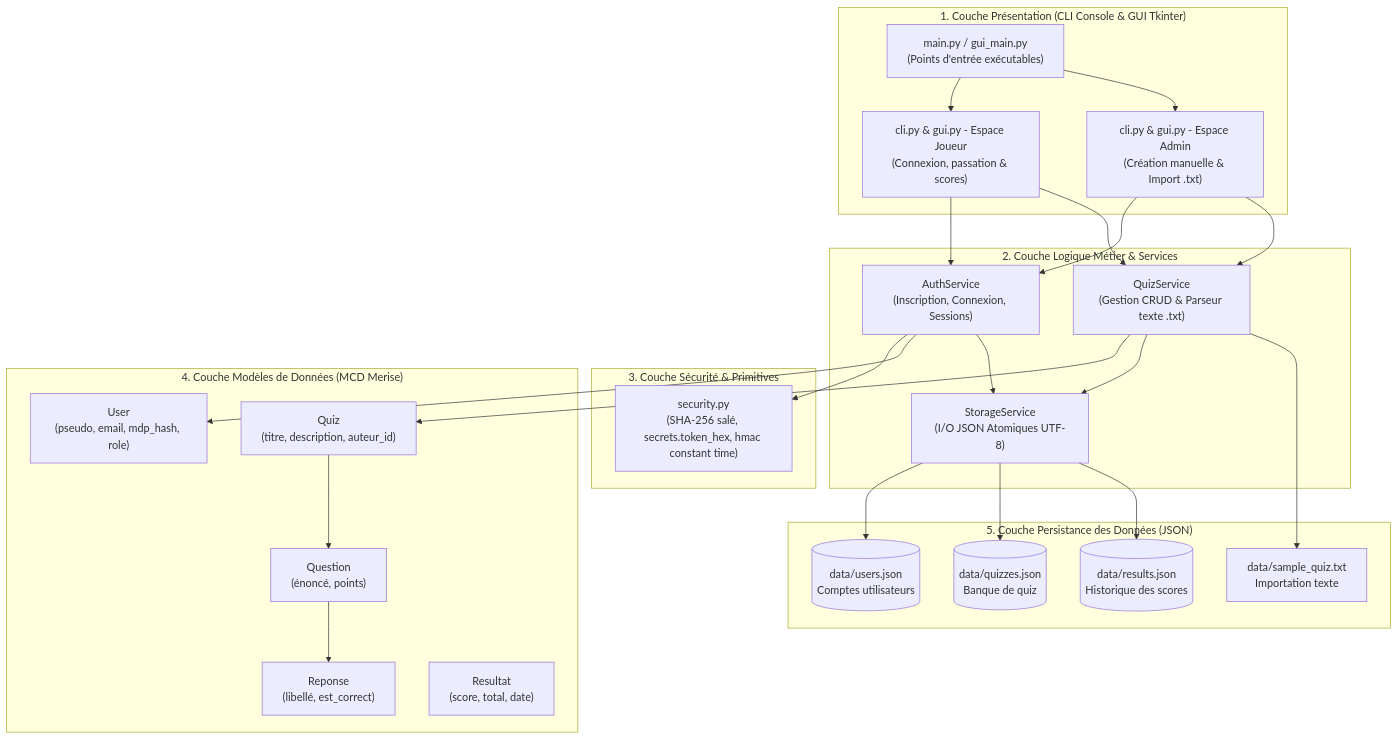
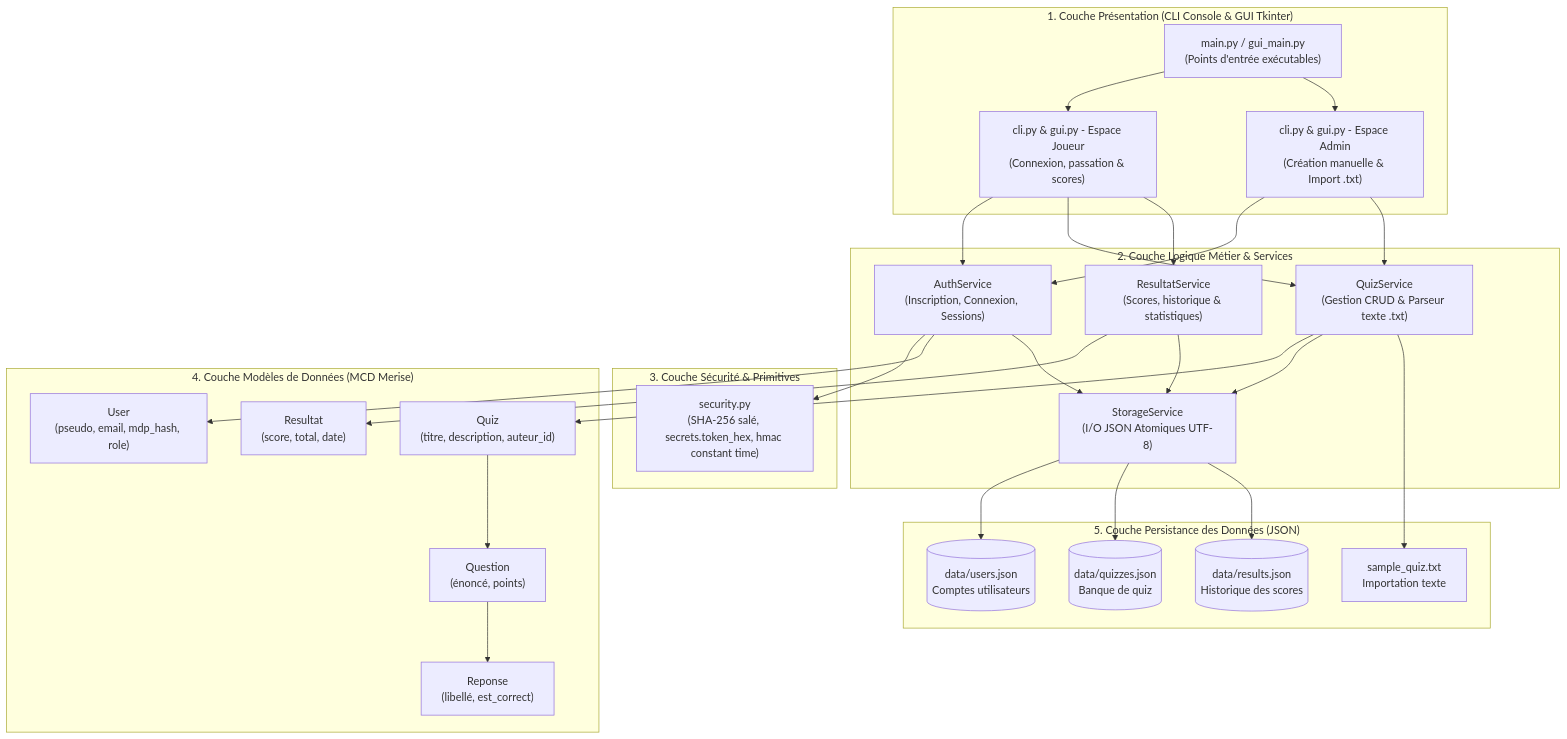
One commit to KaSabrin/PROJ531-Quiz-Python changed the diagram in docs/architecture_technique_quizora.md. Above: the diagram before and after it, drawn with Mermaid. The commit also changed other lines of this file and 4 other files, not shown here.

Commit message:
docs: coherence du projet (CR4 aligne sur Trello, installation dans le README, architecture technique mise a jour)

````diff
--- a/docs/architecture_technique_quizora.md
+++ b/docs/architecture_technique_quizora.md
@@ -9,55 +9,60 @@
 ```mermaid
 graph TD
     subgraph CP["1. Couche Présentation (CLI Console & GUI Tkinter)"]
         MAIN["main.py / gui_main.py<br/>(Points d'entrée exécutables)"]
         CLI_J["cli.py & gui.py - Espace Joueur<br/>(Connexion, passation & scores)"]
         CLI_A["cli.py & gui.py - Espace Admin<br/>(Création manuelle & Import .txt)"]
     end
 
     subgraph CS["2. Couche Logique Métier & Services"]
         AUTH["AuthService<br/>(Inscription, Connexion, Sessions)"]
         QUIZ["QuizService<br/>(Gestion CRUD & Parseur texte .txt)"]
+        RES["ResultatService<br/>(Scores, historique & statistiques)"]
         STOR["StorageService<br/>(I/O JSON Atomiques UTF-8)"]
     end
 
     subgraph CSEC["3. Couche Sécurité & Primitives"]
         SECU["security.py<br/>(SHA-256 salé, secrets.token_hex, hmac constant time)"]
     end
 
     subgraph CMD["4. Couche Modèles de Données (MCD Merise)"]
         MOD_U["User<br/>(pseudo, email, mdp_hash, role)"]
         MOD_Q["Quiz<br/>(titre, description, auteur_id)"]
         MOD_QU["Question<br/>(énoncé, points)"]
         MOD_R["Reponse<br/>(libellé, est_correct)"]
         MOD_RES["Resultat<br/>(score, total, date)"]
     end
 
     subgraph CD["5. Couche Persistance des Données (JSON)"]
         DATA_U[("data/users.json<br/>Comptes utilisateurs")]
         DATA_Q[("data/quizzes.json<br/>Banque de quiz")]
         DATA_R[("data/results.json<br/>Historique des scores")]
-        DATA_T["data/sample_quiz.txt<br/>Importation texte"]
+        DATA_T["sample_quiz.txt<br/>Importation texte"]
     end
 
     %% Interactions
     MAIN --> CLI_J
     MAIN --> CLI_A
     CLI_J --> AUTH
     CLI_A --> AUTH
     CLI_J --> QUIZ
     CLI_A --> QUIZ
+    CLI_J --> RES
 
     AUTH --> SECU
     AUTH --> MOD_U
     AUTH --> STOR
 
     QUIZ --> MOD_Q
     MOD_Q --> MOD_QU
     MOD_QU --> MOD_R
     QUIZ --> STOR
     QUIZ --> DATA_T
 
+    RES --> MOD_RES
+    RES --> STOR
+
     STOR --> DATA_U
     STOR --> DATA_Q
     STOR --> DATA_R
 ```
````
